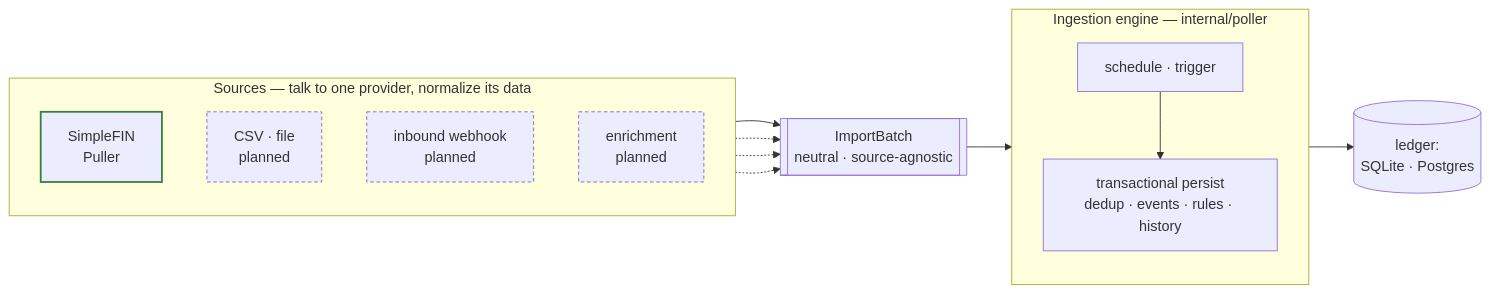
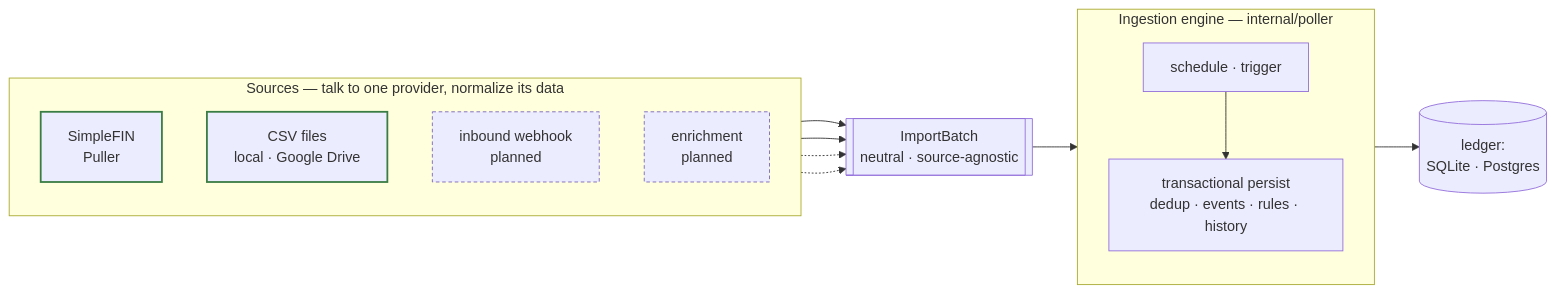
Before and after one commit to paulmeier/kasas: the diagram in docs/architecture/ingestion.md, drawn with Mermaid. The commit also changed other lines of this file and 35 other files, not shown here.

Commit message:
feat: add CSV file import source (local folder + Google Drive) (#76)

````diff
--- a/docs/architecture/ingestion.md
+++ b/docs/architecture/ingestion.md
@@ -18,29 +18,29 @@
 ```mermaid
 flowchart LR
     subgraph srcs["Sources — talk to one provider, normalize its data"]
         direction TB
         SF[SimpleFIN<br/>Puller]:::live
-        CSV[CSV · file<br/>planned]:::soon
+        CSV[CSV files<br/>local · Google Drive]:::live
         WHK[inbound webhook<br/>planned]:::soon
         ENR[enrichment<br/>planned]:::soon
     end
 
     BATCH[["ImportBatch<br/>neutral · source-agnostic"]]
 
     subgraph eng["Ingestion engine — internal/poller"]
         direction TB
         SCHED[schedule · trigger]
         PERSIST["transactional persist<br/>dedup · events · rules · history"]
         SCHED --> PERSIST
     end
 
     SF --> BATCH
-    CSV -.-> BATCH
+    CSV --> BATCH
     WHK -.-> BATCH
     ENR -.-> BATCH
     BATCH --> eng
     eng --> DB[(ledger:<br/>SQLite · Postgres)]
 
     classDef live stroke:#3a7d44,stroke-width:2px;
     classDef soon stroke:#7a68b8,stroke-width:1px,stroke-dasharray:4 3;
 ```
````
